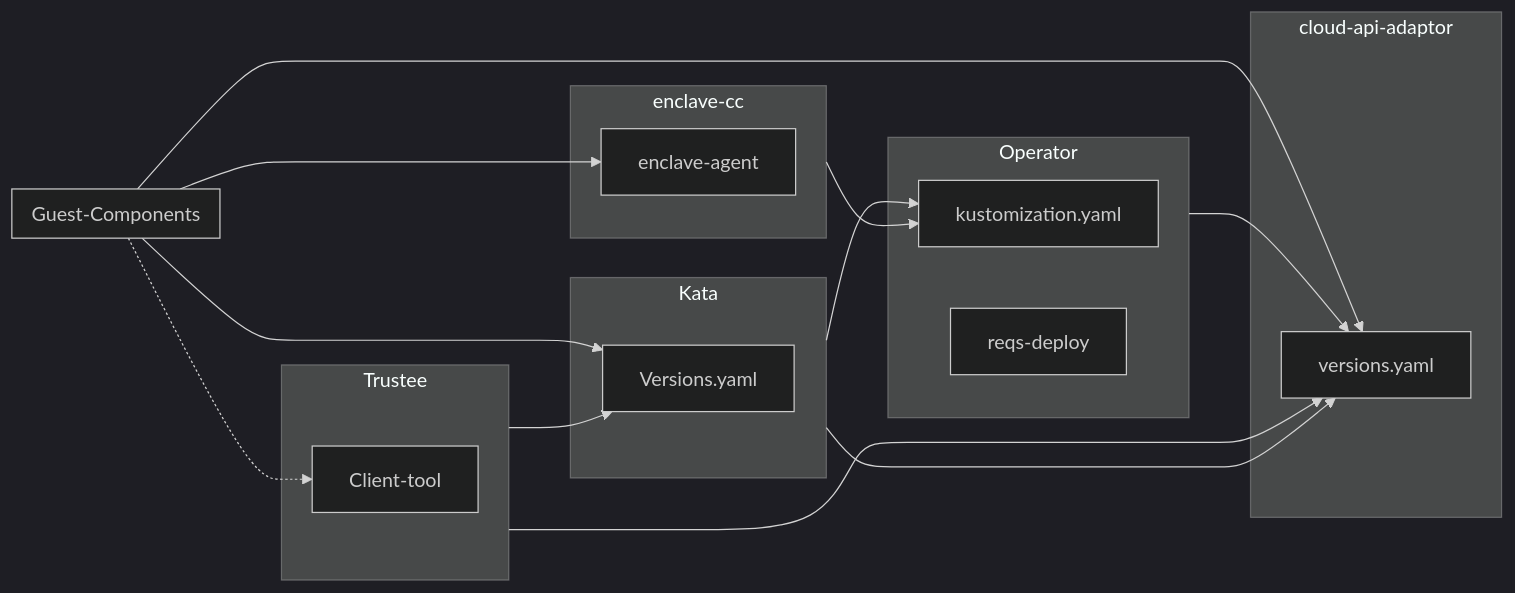
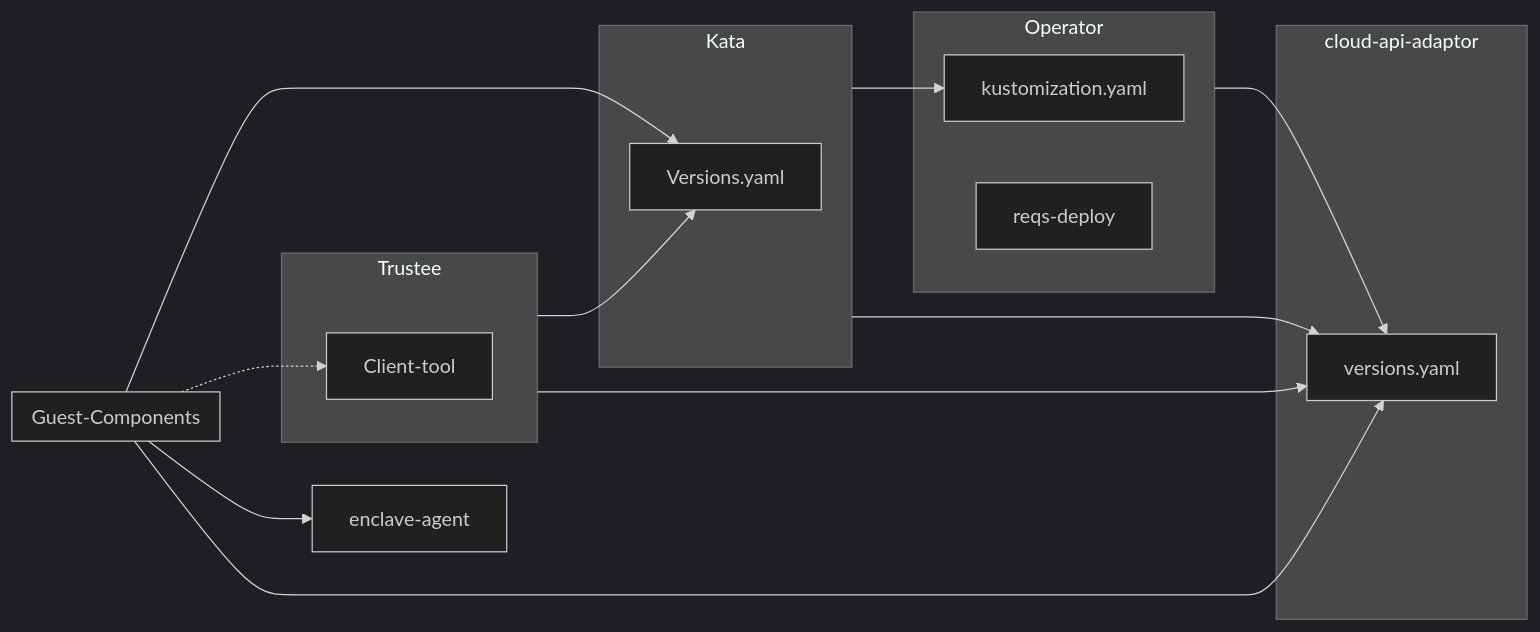
Before and after one commit to confidential-containers/confidential-containers: the diagram in .github/ISSUE_TEMPLATE/release-check-list.md, drawn with Mermaid (dark theme). The commit also changed other lines of this file, not shown here.

First line of the commit message:
release template: drop enclave-cc steps

````diff
--- a/.github/ISSUE_TEMPLATE/release-check-list.md
+++ b/.github/ISSUE_TEMPLATE/release-check-list.md
@@ -15,32 +15,28 @@
 ```mermaid
 flowchart LR
     Trustee --> Versions.yaml
     Guest-Components --> Versions.yaml
     Kata --> kustomization.yaml
     Guest-Components .-> Client-tool
     Guest-Components --> enclave-agent
-    enclave-cc --> kustomization.yaml
     Operator --> versions.yaml
     Guest-Components --> versions.yaml
     Trustee --> versions.yaml
     Kata --> versions.yaml
 
     subgraph Kata
         Versions.yaml
     end
     subgraph Guest-Components
     end
     subgraph Trustee
         Client-tool
     end
-    subgraph enclave-cc
-        enclave-agent
-    end
     subgraph Operator
         kustomization.yaml
         reqs-deploy
     end
     subgraph cloud-api-adaptor
         versions.yaml
     end
 ```
````
